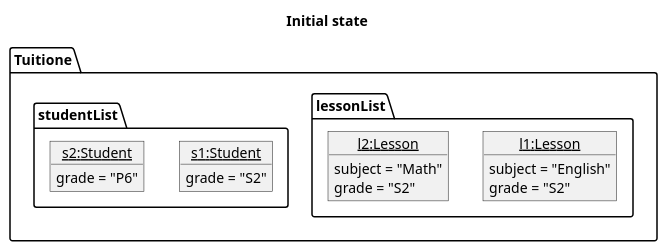
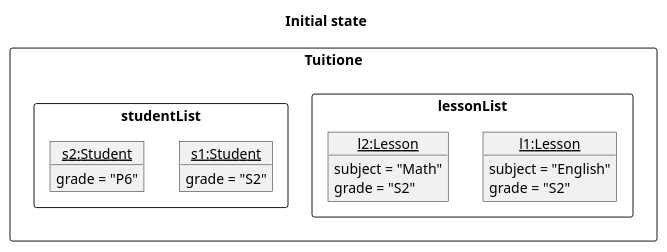
The diagram in docs/diagrams/FilterState0.puml (nus-cs2103-AY2122S1/tp), drawn with PlantUML before and after one commit. The commit also changed 3 other files, not shown here.

Commit message:
Update filter state object diagrams

```diff
--- a/docs/diagrams/FilterState0.puml
+++ b/docs/diagrams/FilterState0.puml
@@ -1,29 +1,29 @@
 @startuml
 'https://plantuml.com/object-diagram
 
 title Initial state
 
-package Tuitione {
-    package lessonList {
+package Tuitione <<rectangle>> {
+    package lessonList <<rectangle>> {
         object "<u>l1:Lesson" as Lesson1 {
         subject = "English"
         grade = "S2"
         }
 
         object "<u>l2:Lesson" as Lesson2 {
         subject = "Math"
         grade = "S2"
         }
     }
-    package studentList {
+    package studentList <<rectangle>> {
         object "<u>s1:Student" as Student1 {
         grade = "S2"
         }
 
         object "<u>s2:Student" as Student2 {
         grade = "P6"
         }
     }
 }
 
 @end
```
